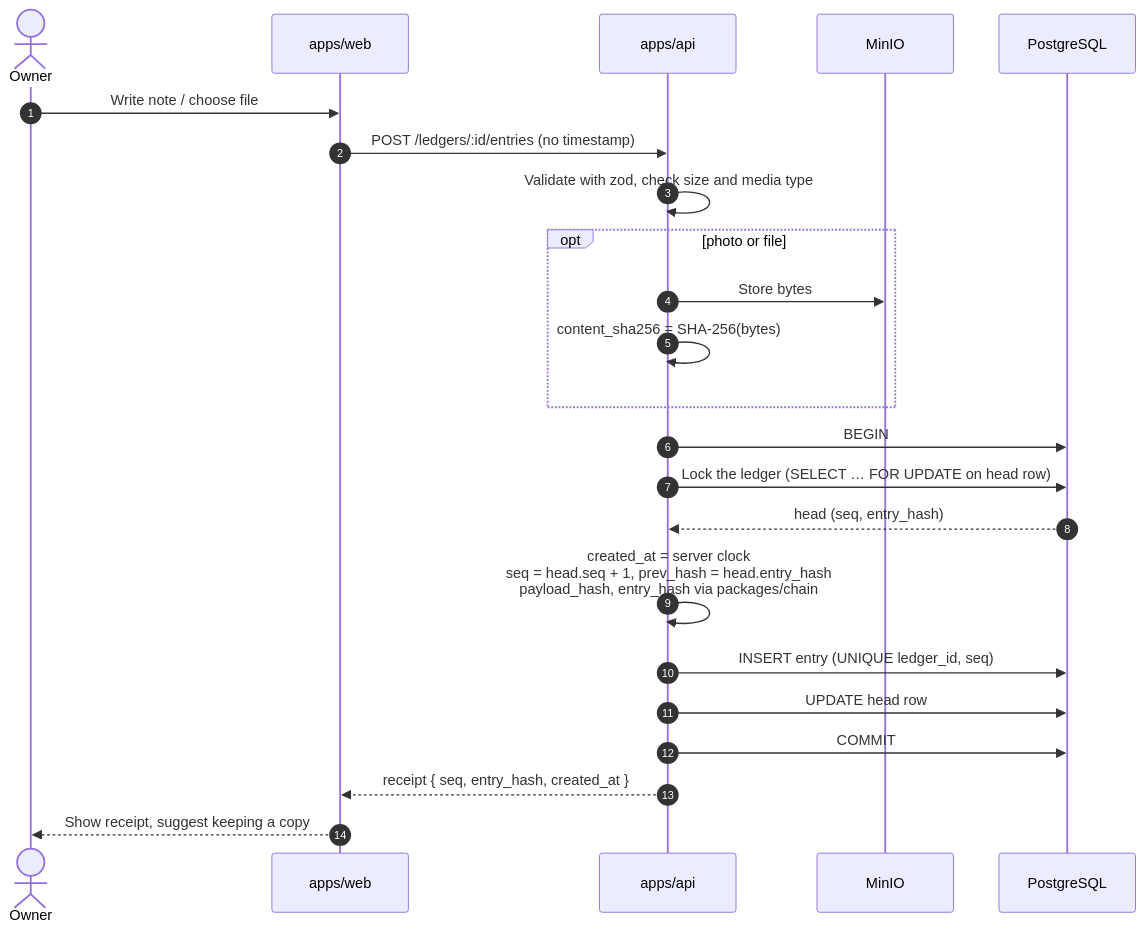
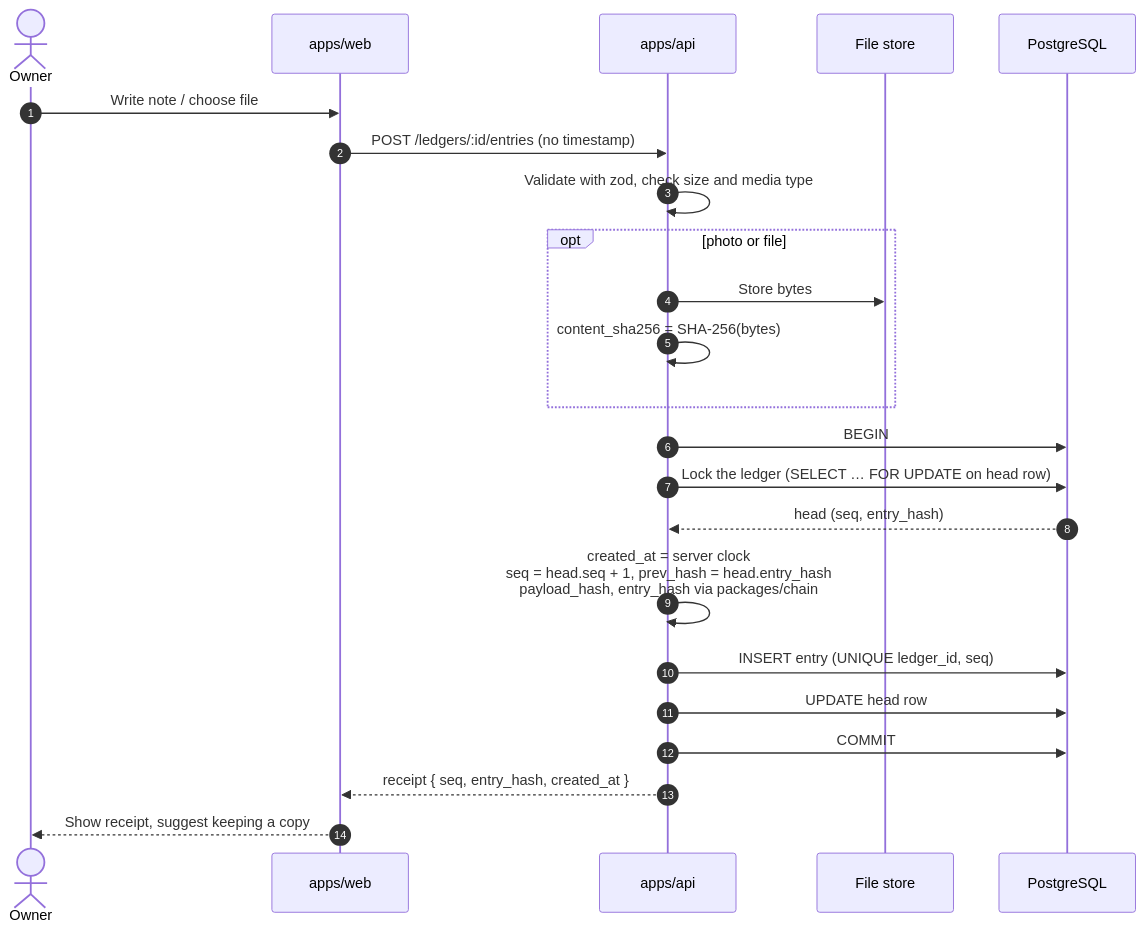
Before and after one commit to sellebeww/paper-trail: the second of 6 diagrams in docs/ARCHITECTURE.md, drawn with Mermaid. The commit also changed other lines of this file and 30 other files, not shown here.

````diff
--- a/docs/ARCHITECTURE.md
+++ b/docs/ARCHITECTURE.md
@@ -50,26 +50,26 @@
 ```mermaid
 sequenceDiagram
   autonumber
   actor O as Owner
   participant W as apps/web
   participant A as apps/api
-  participant S as MinIO
+  participant S as File store
   participant D as PostgreSQL
 
   O->>W: Write note / choose file
   W->>A: POST /ledgers/:id/entries (no timestamp)
   A->>A: Validate with zod, check size and media type
   opt photo or file
     A->>S: Store bytes
     A->>A: content_sha256 = SHA-256(bytes)
   end
   A->>D: BEGIN
   A->>D: Lock the ledger (SELECT … FOR UPDATE on head row)
   D-->>A: head (seq, entry_hash)
   A->>A: created_at = server clock<br/>seq = head.seq + 1, prev_hash = head.entry_hash<br/>payload_hash, entry_hash via packages/chain
   A->>D: INSERT entry (UNIQUE ledger_id, seq)
   A->>D: UPDATE head row
   A->>D: COMMIT
   A-->>W: receipt { seq, entry_hash, created_at }
   W-->>O: Show receipt, suggest keeping a copy
 ```
````
